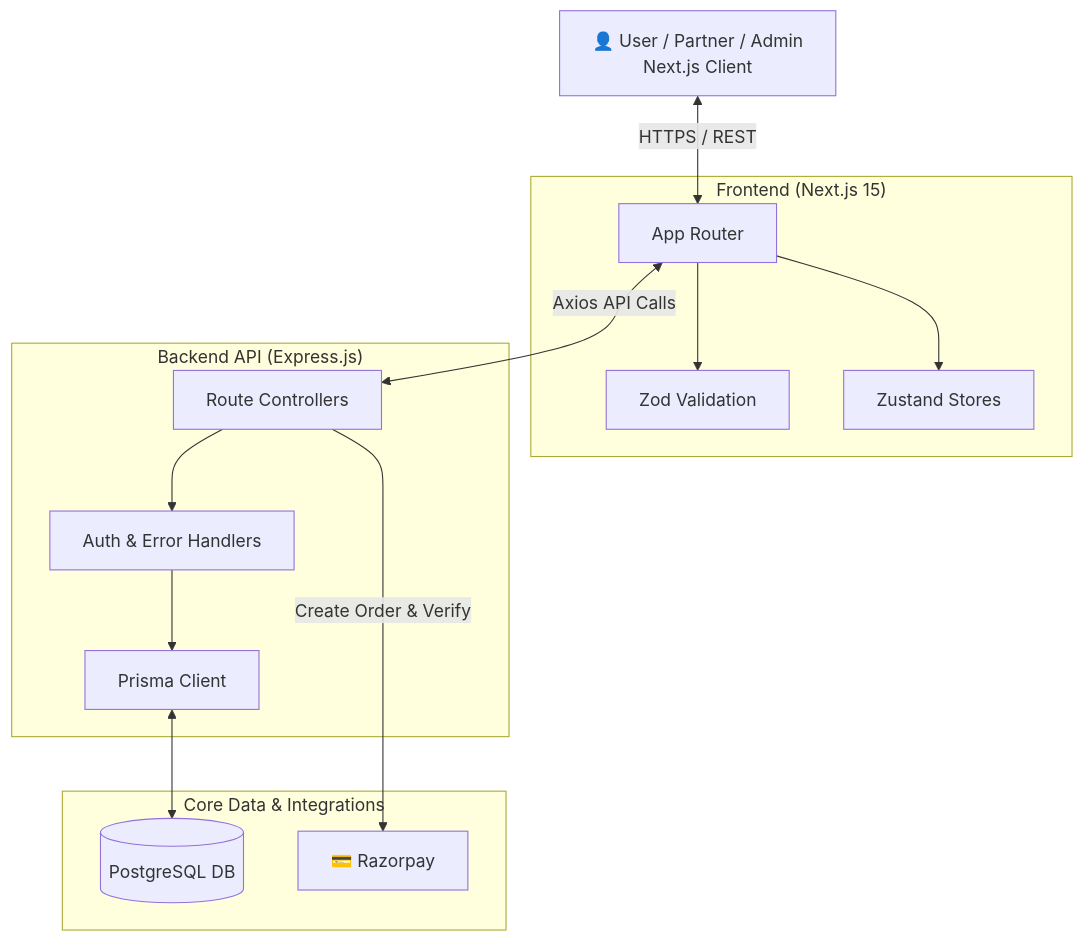
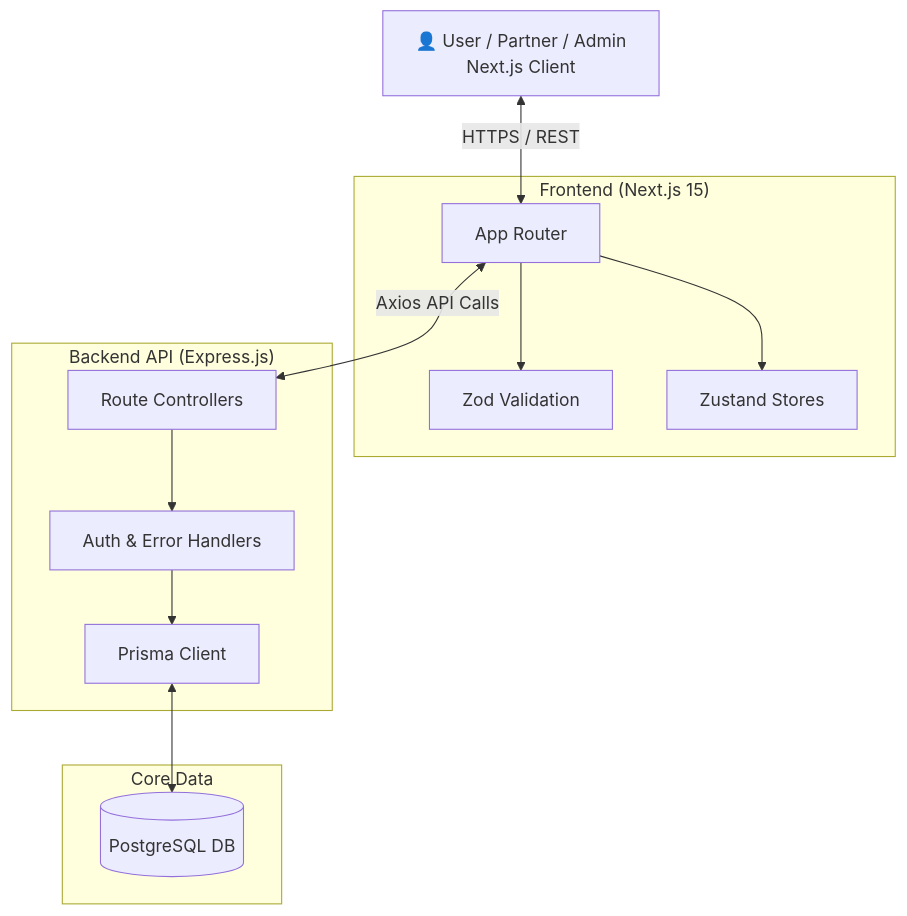
The diagram in README.md (mijanur1314/cleanride), drawn with Mermaid before and after one commit. The commit also changed other lines of this file, not shown here.

Commit message:
docs: Remove Razorpay and deployment sections

````diff
--- a/README.md
+++ b/README.md
@@ -85,33 +81,30 @@
 ```mermaid
 graph TD
     UserClient[👤 User / Partner / Admin\nNext.js Client]
 
     subgraph "Frontend (Next.js 15)"
     NextJS[App Router]
     Zod[Zod Validation]
     Zustand[Zustand Stores]
     end
 
     subgraph "Backend API (Express.js)"
     Controllers[Route Controllers]
     Middlewares[Auth & Error Handlers]
     PrismaORM[Prisma Client]
     end
 
-    subgraph "Core Data & Integrations"
+    subgraph "Core Data"
     PostgreSQL[(PostgreSQL DB)]
-    Razorpay[💳 Razorpay]
     end
 
     UserClient <-->|HTTPS / REST| NextJS
     NextJS <-->|Axios API Calls| Controllers
 
     NextJS --> Zod
     NextJS --> Zustand
 
     Controllers --> Middlewares
     Middlewares --> PrismaORM
     PrismaORM <--> PostgreSQL
-
-    Controllers -->|Create Order & Verify| Razorpay
 ```
````
